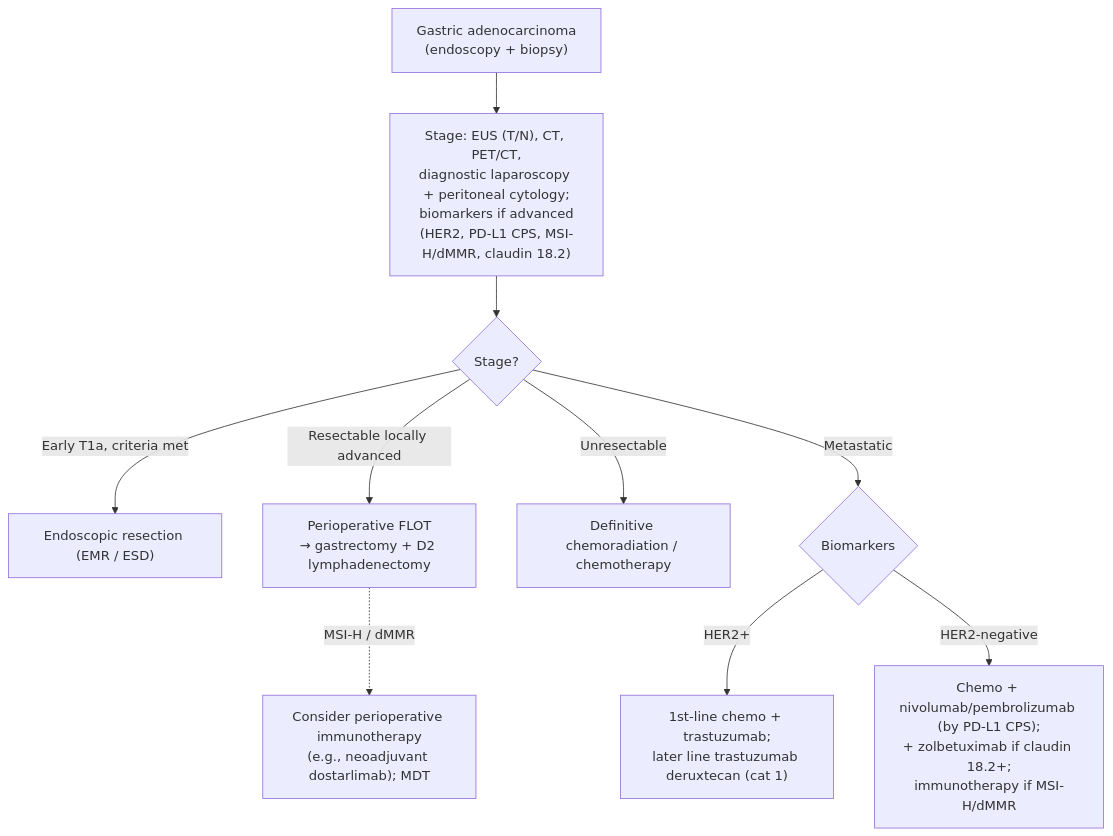
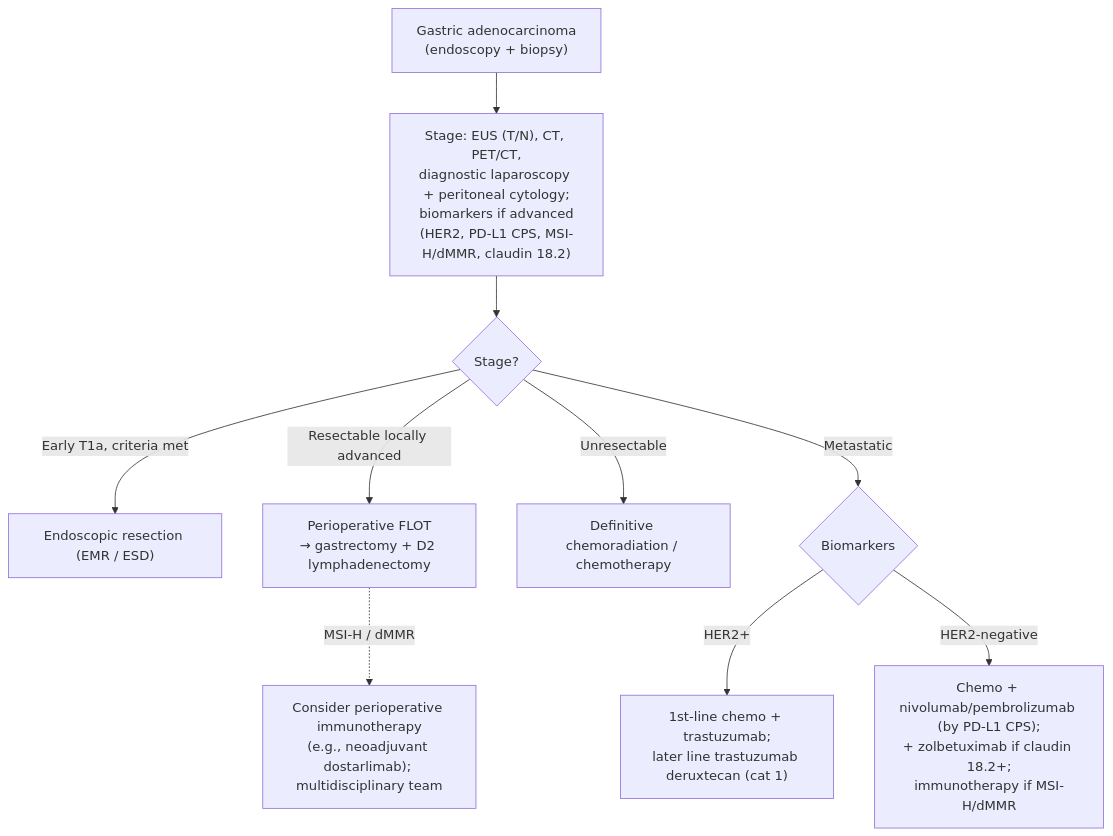
The diagram in KHNL-GI-Wiki/wiki/1-disease-scripts/foregut-and-motility-diseases/gastric/gastric-adenocarcinoma.md (KHNickLeMD/KHNL-GI-Wiki), drawn with Mermaid before and after one commit. The commit also changed other lines of this file and 620 other files, not shown here.

````diff
--- a/KHNL-GI-Wiki/wiki/1-disease-scripts/foregut-and-motility-diseases/gastric/gastric-adenocarcinoma.md
+++ b/KHNL-GI-Wiki/wiki/1-disease-scripts/foregut-and-motility-diseases/gastric/gastric-adenocarcinoma.md
@@ -151,12 +151,12 @@
 ```mermaid
 flowchart TD
     A["Gastric adenocarcinoma<br/>(endoscopy + biopsy)"] --> B["Stage: EUS (T/N), CT, PET/CT,<br/>diagnostic laparoscopy + peritoneal cytology;<br/>biomarkers if advanced<br/>(HER2, PD-L1 CPS, MSI-H/dMMR, claudin 18.2)"]
     B --> C{"Stage?"}
     C -->|"Early T1a, criteria met"| ER["Endoscopic resection (EMR / ESD)"]
     C -->|"Resectable locally advanced"| PER["Perioperative FLOT<br/>→ gastrectomy + D2 lymphadenectomy"]
-    PER -.->|"MSI-H / dMMR"| IO["Consider perioperative immunotherapy<br/>(e.g., neoadjuvant dostarlimab); MDT"]
+    PER -.->|"MSI-H / dMMR"| IO["Consider perioperative immunotherapy<br/>(e.g., neoadjuvant dostarlimab); multidisciplinary team"]
     C -->|"Unresectable"| UN["Definitive chemoradiation / chemotherapy"]
     C -->|"Metastatic"| M{"Biomarkers"}
     M -->|"HER2+"| H2["1st-line chemo + trastuzumab;<br/>later line trastuzumab deruxtecan (cat 1)"]
     M -->|"HER2-negative"| HN["Chemo + nivolumab/pembrolizumab (by PD-L1 CPS);<br/>+ zolbetuximab if claudin 18.2+;<br/>immunotherapy if MSI-H/dMMR"]
 ```
````
